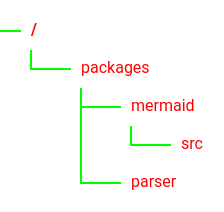
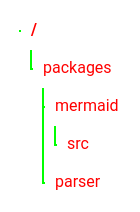
One commit to groovy-gorilla/tfx changed the diagram in README.md. Above: the diagram before and after it, drawn with Mermaid.

````diff
--- a/README.md
+++ b/README.md
@@ -20,19 +20,19 @@
 ```mermaid
 ---
 ---
 config:
     treeView:
-        rowIndent: 20
+        rowIndent: 1
         lineThickness: 1
     themeVariables:
         treeView:
             labelFontSize: '8px'
             labelColor: '#FF0000'
             lineColor: '#00FF00'
 ---
 treeView-beta
     "packages"
         "mermaid"
             "src"
         "parser"
 ```
````
